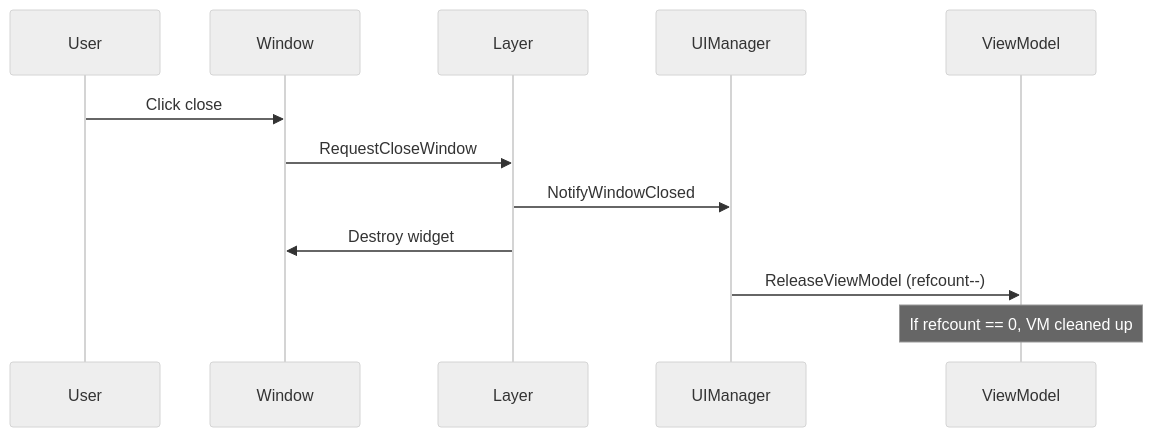
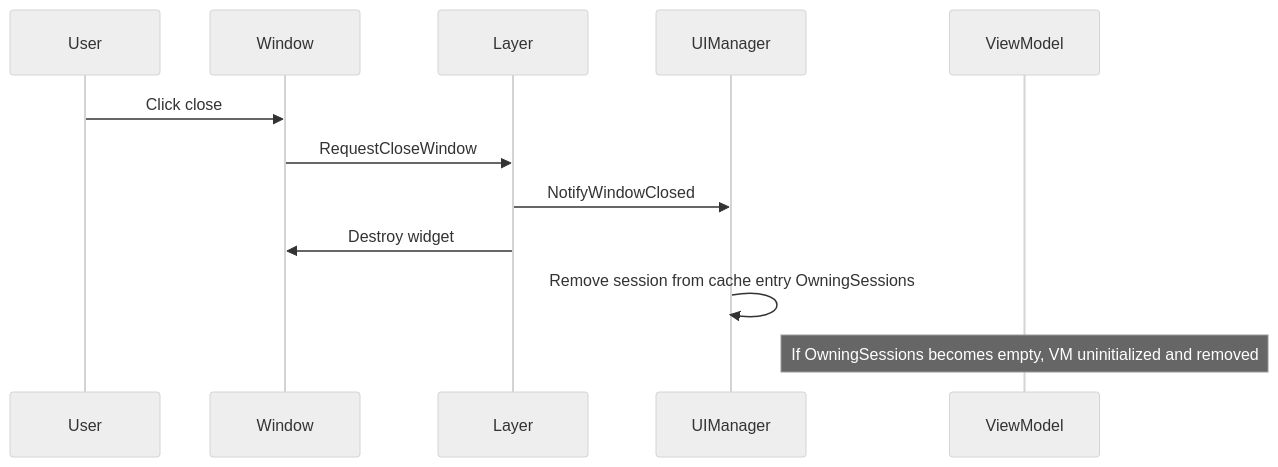
The sixth of 8 diagrams in outliyr-framework/docs/base-lyra-modified/ui/item-container-ui-system/core-architecture-and-data-structures/the-window-model.md (outliyr/outliyr-docs), drawn with Mermaid (neutral theme) before and after one commit. The commit also changed other lines of this file and 228 other files, not shown here.

````diff
--- a/outliyr-framework/docs/base-lyra-modified/ui/item-container-ui-system/core-architecture-and-data-structures/the-window-model.md
+++ b/outliyr-framework/docs/base-lyra-modified/ui/item-container-ui-system/core-architecture-and-data-structures/the-window-model.md
@@ -235,15 +235,15 @@
 ```mermaid
 sequenceDiagram
     participant User
     participant Window
     participant Layer
     participant UIManager
     participant ViewModel
 
     User->>Window: Click close
     Window->>Layer: RequestCloseWindow
     Layer->>UIManager: NotifyWindowClosed
     Layer->>Window: Destroy widget
-    UIManager->>ViewModel: ReleaseViewModel (refcount--)
-    Note over ViewModel: If refcount == 0, VM cleaned up
+    UIManager->>UIManager: Remove session from cache entry OwningSessions
+    Note over ViewModel: If OwningSessions becomes empty, VM uninitialized and removed
 ```
````
